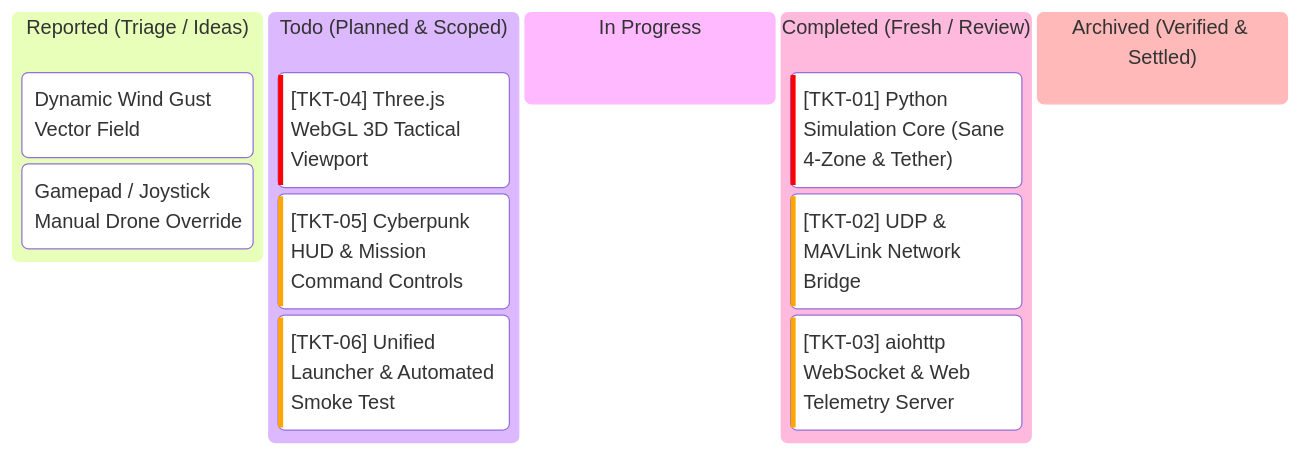
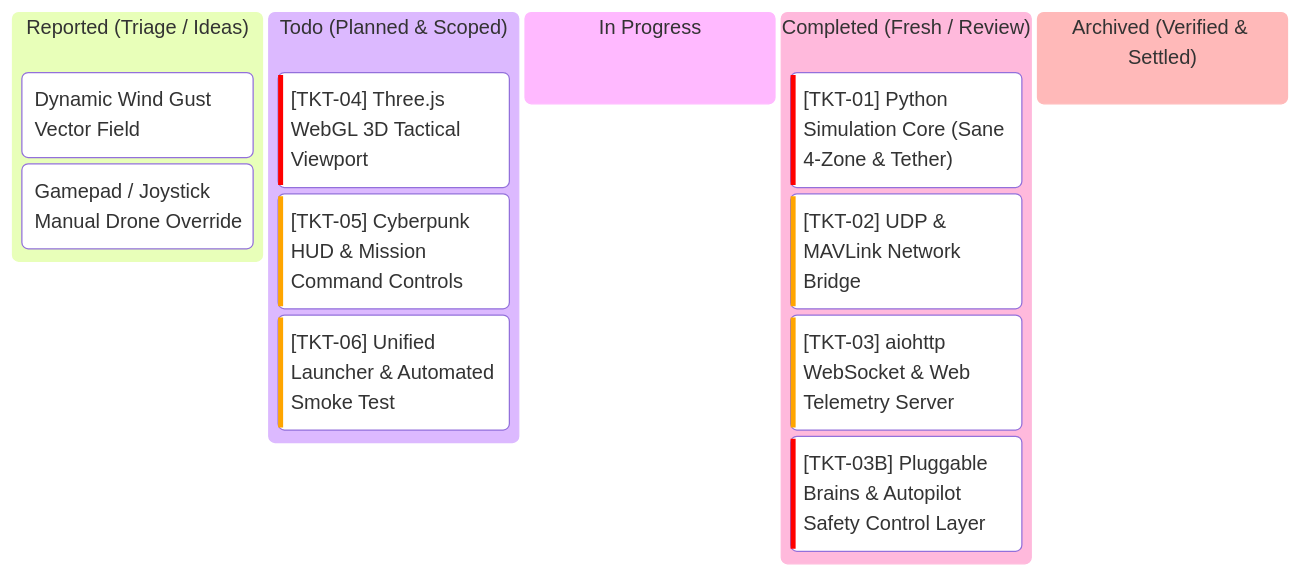
Before and after one commit to AlitheiaDeus/SwarmTech_v3-Uprising: the diagram in kanban.md, drawn with Mermaid. The commit also changed other lines of this file and 8 other files, not shown here.

Commit message:
feat(brains): implement pluggable brains and P2P gossip consensus [TKT-03B]

````diff
--- a/kanban.md
+++ b/kanban.md
@@ -7,16 +7,17 @@
 ```mermaid
 kanban
   reported["Reported (Triage / Ideas)"]
     idea1["Dynamic Wind Gust Vector Field"]
     idea2["Gamepad / Joystick Manual Drone Override"]
   todo["Todo (Planned & Scoped)"]
     tkt4["[TKT-04] Three.js WebGL 3D Tactical Viewport"]@{ priority: 'Very High' }
     tkt5["[TKT-05] Cyberpunk HUD & Mission Command Controls"]@{ priority: 'High' }
     tkt6["[TKT-06] Unified Launcher & Automated Smoke Test"]@{ priority: 'High' }
   in_progress["In Progress"]
   completed["Completed (Fresh / Review)"]
     tkt1["[TKT-01] Python Simulation Core (Sane 4-Zone & Tether)"]@{ priority: 'Very High' }
     tkt2["[TKT-02] UDP & MAVLink Network Bridge"]@{ priority: 'High' }
     tkt3["[TKT-03] aiohttp WebSocket & Web Telemetry Server"]@{ priority: 'High' }
+    tkt3b["[TKT-03B] Pluggable Brains & Autopilot Safety Control Layer"]@{ priority: 'Very High' }
   archived["Archived (Verified & Settled)"]
 ```
````
